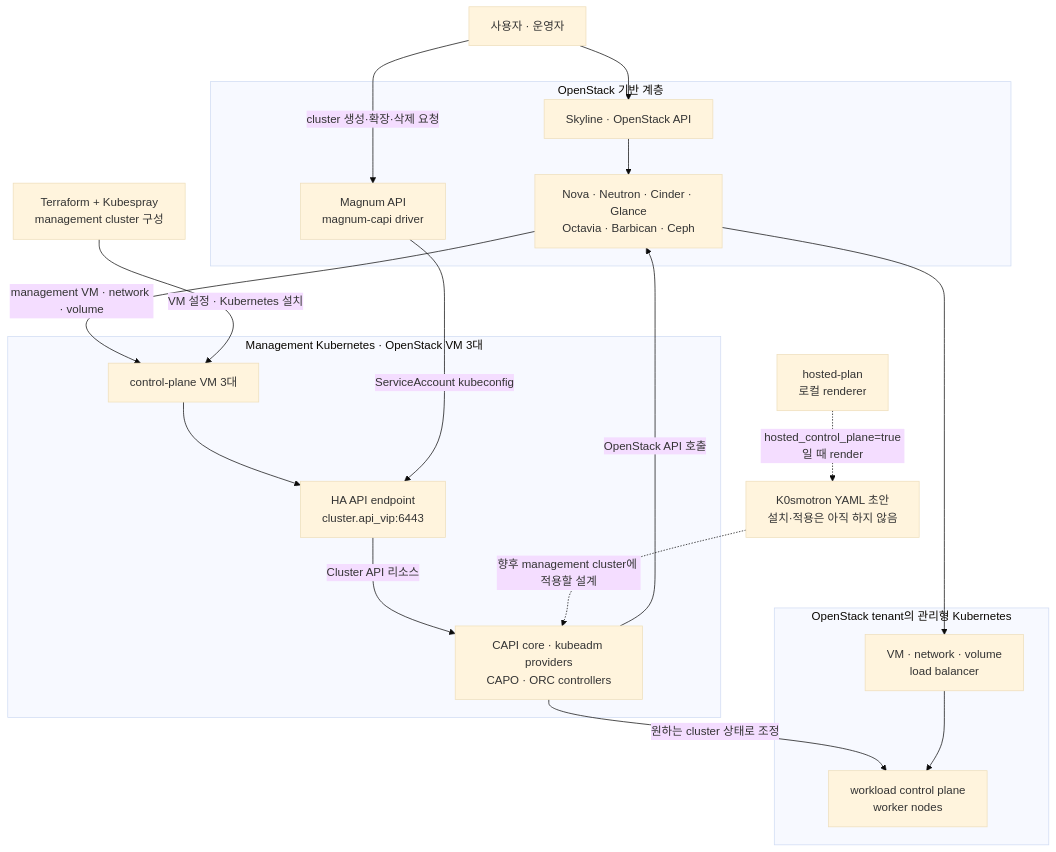
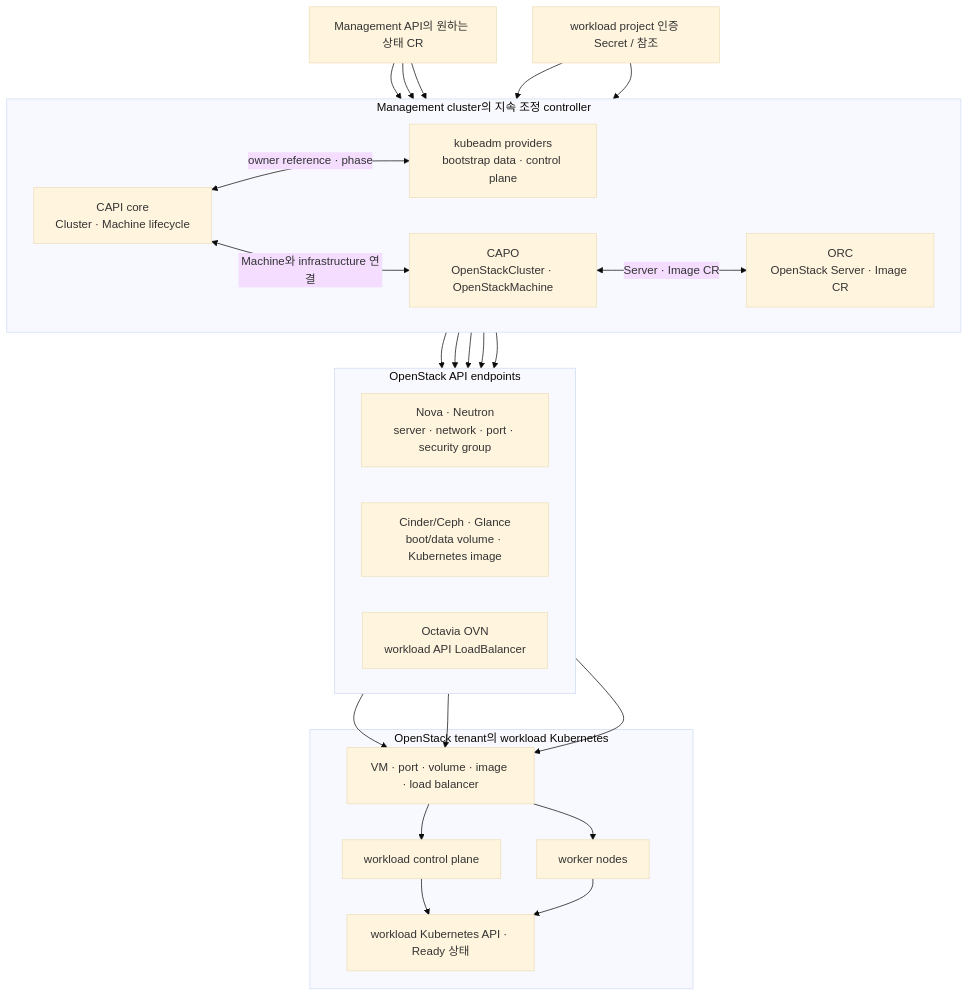
One commit to overture-1928/Infra changed the third of 5 diagrams in docs/managed-services.md. Above: the diagram before and after it, drawn with Mermaid (base theme). The commit also changed other lines of this file and 5 other files, not shown here.

Commit message:
Detail OpenStack architecture diagrams

````diff
--- a/docs/managed-services.md
+++ b/docs/managed-services.md
@@ -12,42 +133,49 @@
 ```mermaid
 flowchart TB
-    user["사용자 · 운영자"]
-    bootstrap["Terraform + Kubespray<br/>management cluster 구성"]
+    desired["Management API의 원하는 상태 CR"]
+    projectauth["workload project 인증 Secret / 참조"]
 
-    subgraph openstack["OpenStack 기반 계층"]
-        portal["Skyline · OpenStack API"]
-        magnum["Magnum API<br/>magnum-capi driver"]
-        iaas["Nova · Neutron · Cinder · Glance<br/>Octavia · Barbican · Ceph"]
+    subgraph reconcilers["Management cluster의 지속 조정 controller"]
+        direction LR
+        capi["CAPI core<br/>Cluster · Machine lifecycle"]
+        kubeadm["kubeadm providers<br/>bootstrap data · control plane"]
+        capo["CAPO<br/>OpenStackCluster · OpenStackMachine"]
+        orc["ORC<br/>OpenStack Server · Image CR"]
     end
 
-    subgraph management["Management Kubernetes · OpenStack VM 3대"]
-        mgmtvms["control-plane VM 3대"]
-        endpoint["HA API endpoint<br/>cluster.api_vip:6443"]
-        controllers["CAPI core · kubeadm providers<br/>CAPO · ORC controllers"]
+    subgraph catalog["OpenStack API endpoints"]
+        direction LR
+        computenet["Nova · Neutron<br/>server · network · port · security group"]
+        storageimage["Cinder/Ceph · Glance<br/>boot/data volume · Kubernetes image"]
+        loadbalancer["Octavia OVN<br/>workload API LoadBalancer"]
     end
 
-    subgraph workload["OpenStack tenant의 관리형 Kubernetes"]
-        resources["VM · network · volume<br/>load balancer"]
-        cluster["workload control plane<br/>worker nodes"]
+    subgraph workload["OpenStack tenant의 workload Kubernetes"]
+        resources["VM · port · volume · image · load balancer"]
+        controlplane["workload control plane"]
+        workers["worker nodes"]
+        workloadapi["workload Kubernetes API · Ready 상태"]
     end
 
-    hostedplan["hosted-plan<br/>로컬 renderer"]
-    hosted["K0smotron YAML 초안<br/>설치·적용은 아직 하지 않음"]
+    desired --> capi
+    desired --> kubeadm
+    desired --> capo
+    projectauth --> capo
+    projectauth --> orc
+    capi <-->|"owner reference · phase"| kubeadm
+    capi <-->|"Machine와 infrastructure 연결"| capo
+    capo <-->|"Server · Image CR"| orc
 
-    user --> portal
-    user -->|"cluster 생성·확장·삭제 요청"| magnum
-    portal --> iaas
-    iaas -->|"management VM · network · volume"| mgmtvms
-    bootstrap -->|"VM 설정 · Kubernetes 설치"| mgmtvms
-    mgmtvms --> endpoint
-
-    magnum -->|"ServiceAccount kubeconfig"| endpoint
-    endpoint -->|"Cluster API 리소스"| controllers
-    controllers -->|"OpenStack API 호출"| iaas
-    iaas --> resources
-    controllers -->|"원하는 cluster 상태로 조정"| cluster
-    resources --> cluster
-
-    hostedplan -.->|"hosted_control_plane=true일 때 render"| hosted
-    hosted -.->|"향후 management cluster에 적용할 설계"| controllers
+    capo --> computenet
+    capo --> storageimage
+    capo --> loadbalancer
+    orc --> computenet
+    orc --> storageimage
+    computenet --> resources
+    storageimage --> resources
+    loadbalancer --> resources
+    resources --> controlplane
+    resources --> workers
+    controlplane --> workloadapi
+    workers --> workloadapi
 ```
````
